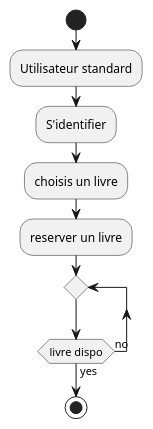
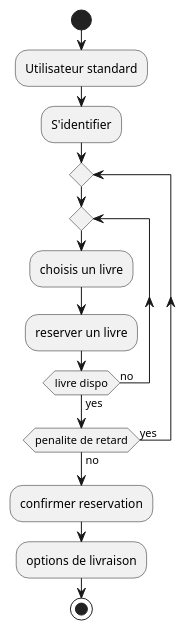
One commit to OraneM99/omniLib changed the third of 3 diagrams in README.md. Above: the diagram before and after it, drawn with PlantUML. The commit also changed other lines of this file and 4 other files, not shown here.

Commit message:
diagram d'activités 2

````diff
--- a/README.md
+++ b/README.md
@@ -167,13 +166,22 @@
 ```plantuml
 @startuml
 start
 :Utilisateur standard;
 :S'identifier;
+repeat
+repeat
 :choisis un livre;
+
 :reserver un livre;
-repeat
+
 repeat while (livre dispo) is (no) not (yes)
+
+
+repeat while (penalite de retard) is (yes) not (no)
+:confirmer reservation;
+
+:options de livraison;
 stop
 @enduml
 
 ```
````
